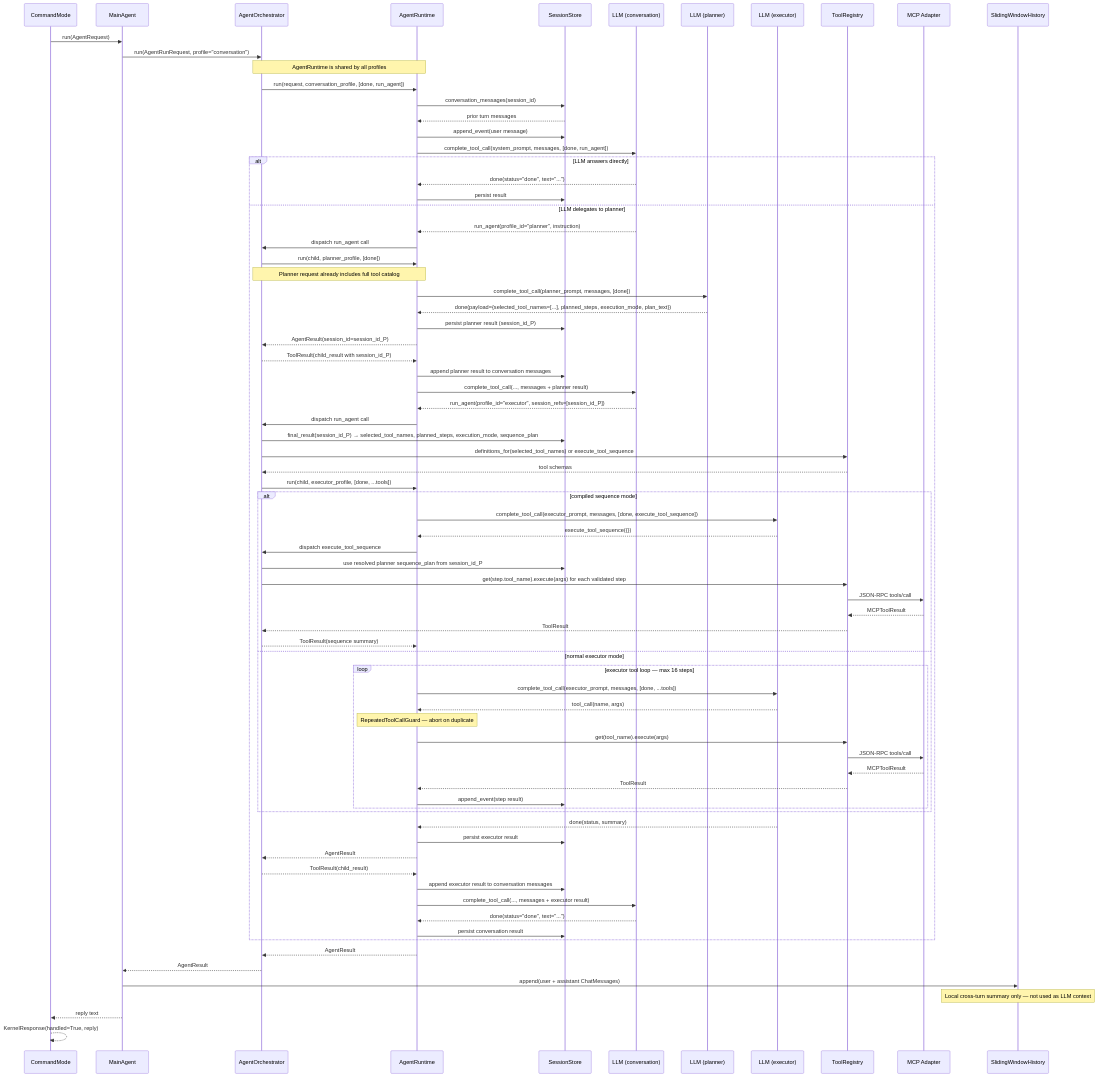
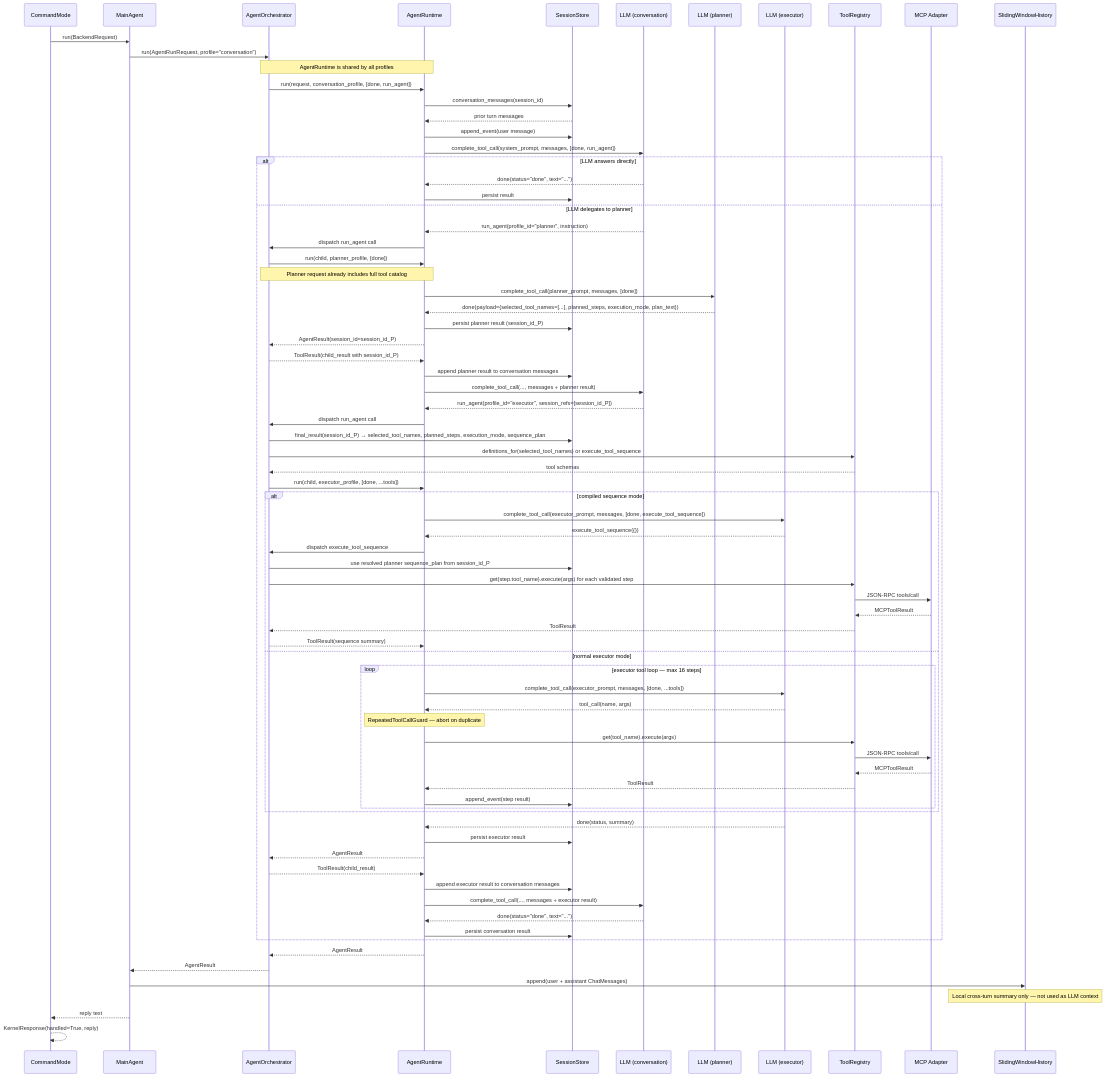
The first of 4 diagrams in docs/architecture.md (vovka/tusk), drawn with Mermaid before and after one commit. The commit also changed other lines of this file and 25 other files, not shown here.

First line of the commit message:
Rename backend AgentRequest/AgentResult to BackendRequest/BackendResult

```diff
--- a/docs/architecture.md
+++ b/docs/architecture.md
@@ -61,7 +61,7 @@
     participant MCP as MCP Adapter
     participant HX as SlidingWindowHistory
 
-    CMD->>MA: run(AgentRequest)
+    CMD->>MA: run(BackendRequest)
     MA->>ORC: run(AgentRunRequest, profile="conversation")
 
     Note over ORC,RT: AgentRuntime is shared by all profiles
```
